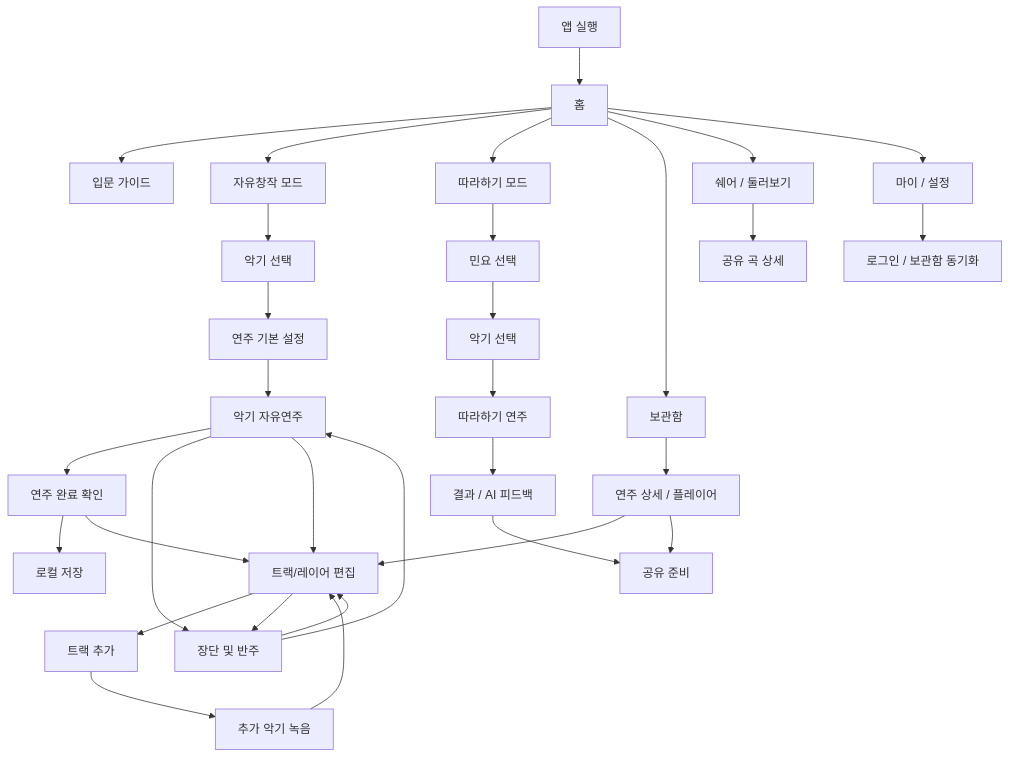
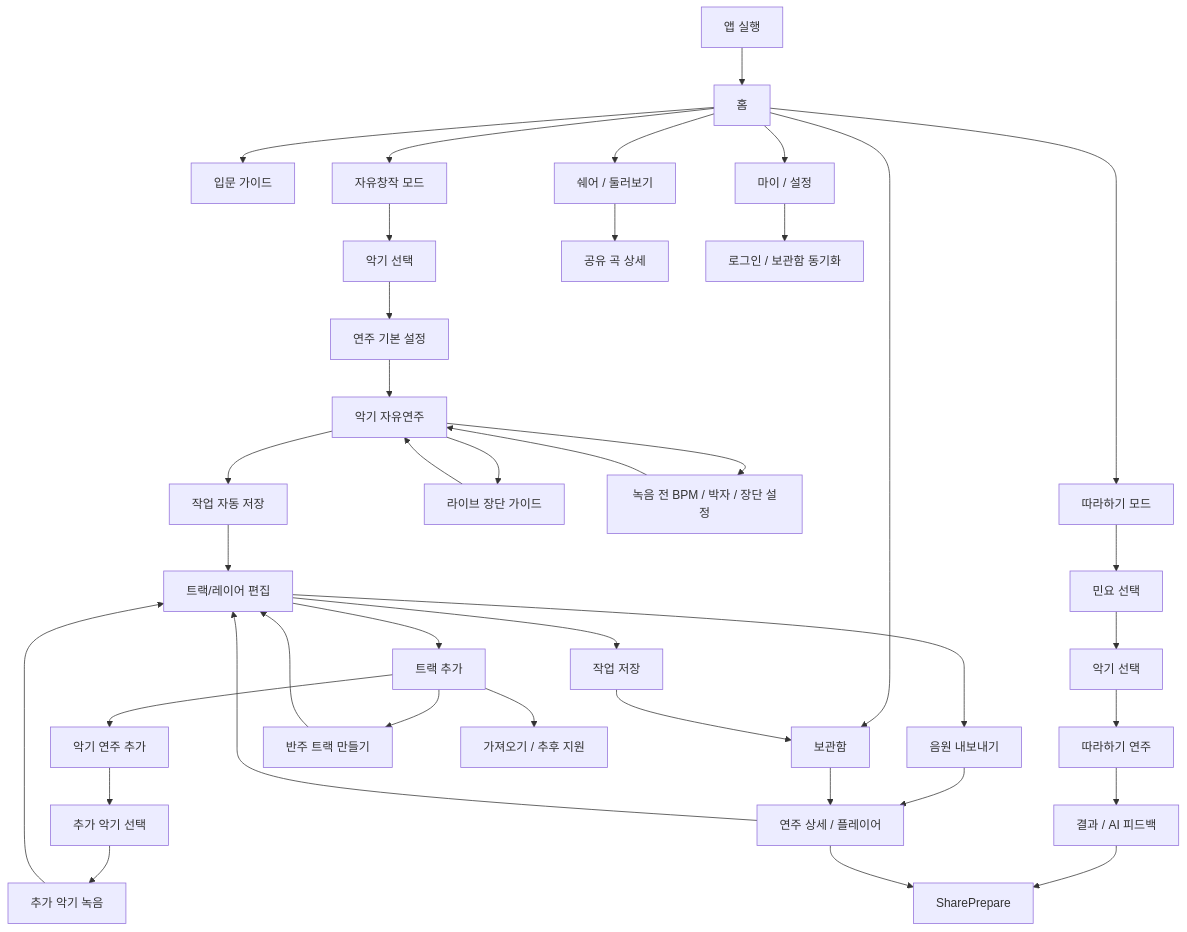
Before and after one commit to logan0741/GARAK-AI-Gugak-Studio: the diagram in front/docs/product/screen-flow/current-screen-flow.md, drawn with Mermaid. The commit also changed other lines of this file and 70 other files, not shown here.

````diff
--- a/front/docs/product/screen-flow/current-screen-flow.md
+++ b/front/docs/product/screen-flow/current-screen-flow.md
@@ -97,41 +121,48 @@
 ```mermaid
 flowchart TD
     App["앱 실행"] --> Home["홈"]
 
     Home --> Guide["입문 가이드"]
     Home --> FreeMode["자유창작 모드"]
     Home --> PracticeEntry["따라하기 모드"]
     Home --> Library["보관함"]
     Home --> ShareFeed["쉐어 / 둘러보기"]
     Home --> Settings["마이 / 설정"]
 
     FreeMode --> InstrumentSettings["악기 선택"]
     InstrumentSettings --> PlayDefaults["연주 기본 설정"]
     PlayDefaults --> FreePlay["악기 자유연주"]
+    FreePlay --> LiveJangdanGuide["라이브 장단 가이드"]
+    LiveJangdanGuide --> FreePlay
 
-    FreePlay --> RecordDone["연주 완료 확인"]
-    RecordDone --> SaveLocal["로컬 저장"]
-    RecordDone --> LayerEdit["트랙/레이어 편집"]
-    FreePlay --> JangdanPanel["장단 및 반주"]
-    JangdanPanel --> FreePlay
-    FreePlay --> LayerEdit
+    FreePlay --> RecordSetup["녹음 전 BPM / 박자 / 장단 설정"]
+    RecordSetup --> FreePlay
+    FreePlay --> AutoSaveWork["작업 자동 저장"]
+    AutoSaveWork --> LayerEdit["트랙/레이어 편집"]
+    LayerEdit --> SaveWork["작업 저장"]
+    LayerEdit --> ExportAudio["음원 내보내기"]
+    SaveWork --> Library
+    ExportAudio --> RecordingDetail
 
     LayerEdit --> AddTrack["트랙 추가"]
-    AddTrack --> ExtraInstrumentRecord["추가 악기 녹음"]
+    AddTrack --> AddInstrumentType["악기 연주 추가"]
+    AddTrack --> AccompanimentTrack["반주 트랙 만들기"]
+    AddTrack --> ImportLocked["가져오기 / 추후 지원"]
+    AddInstrumentType --> AddInstrumentSelect["추가 악기 선택"]
+    AddInstrumentSelect --> ExtraInstrumentRecord["추가 악기 녹음"]
     ExtraInstrumentRecord --> LayerEdit
-    LayerEdit --> JangdanPanel
-    JangdanPanel --> LayerEdit
+    AccompanimentTrack --> LayerEdit
 
     PracticeEntry --> SongSelect["민요 선택"]
     SongSelect --> PracticeInstrument["악기 선택"]
     PracticeInstrument --> PracticePlay["따라하기 연주"]
     PracticePlay --> PracticeResult["결과 / AI 피드백"]
-    PracticeResult --> SharePrepare["공유 준비"]
+    PracticeResult --> SharePrepare
 
     Library --> RecordingDetail["연주 상세 / 플레이어"]
     RecordingDetail --> LayerEdit
     RecordingDetail --> SharePrepare
 
     ShareFeed --> SharedDetail["공유 곡 상세"]
     Settings --> LoginSync["로그인 / 보관함 동기화"]
 ```
````
